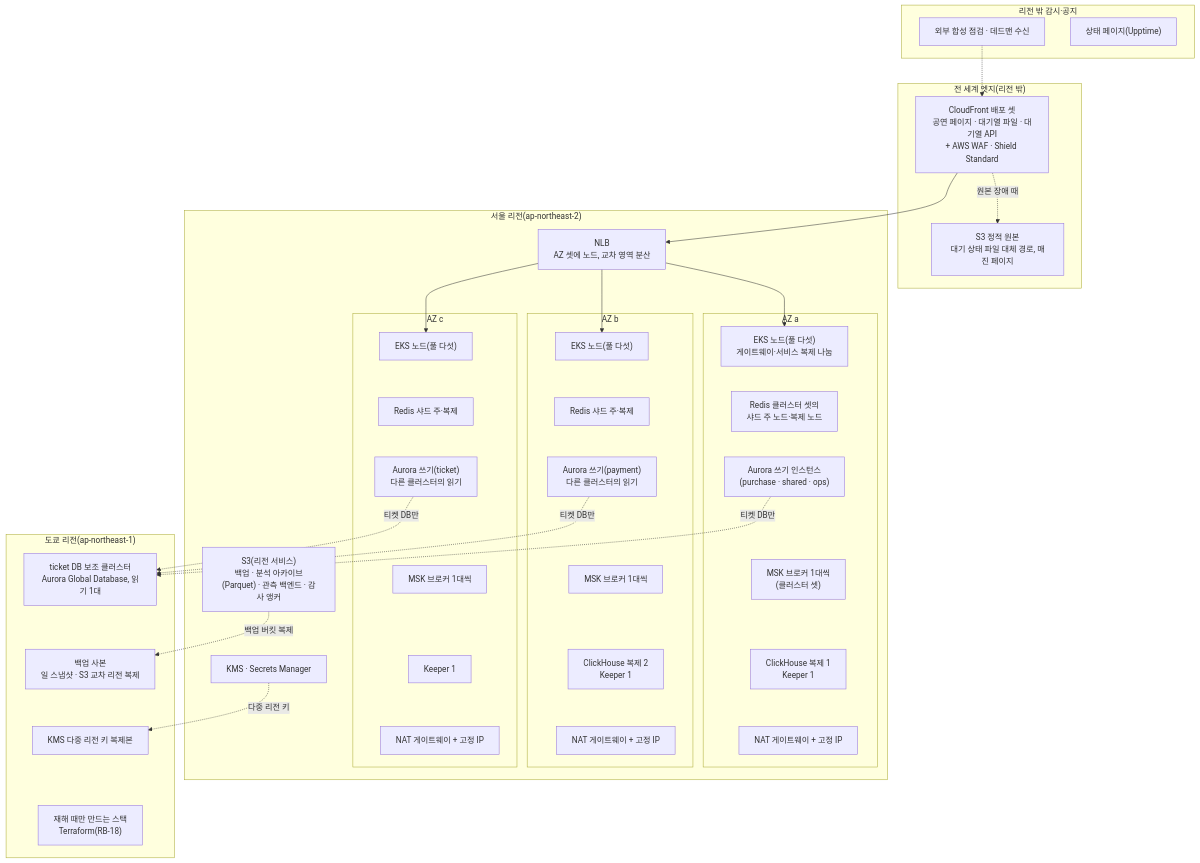
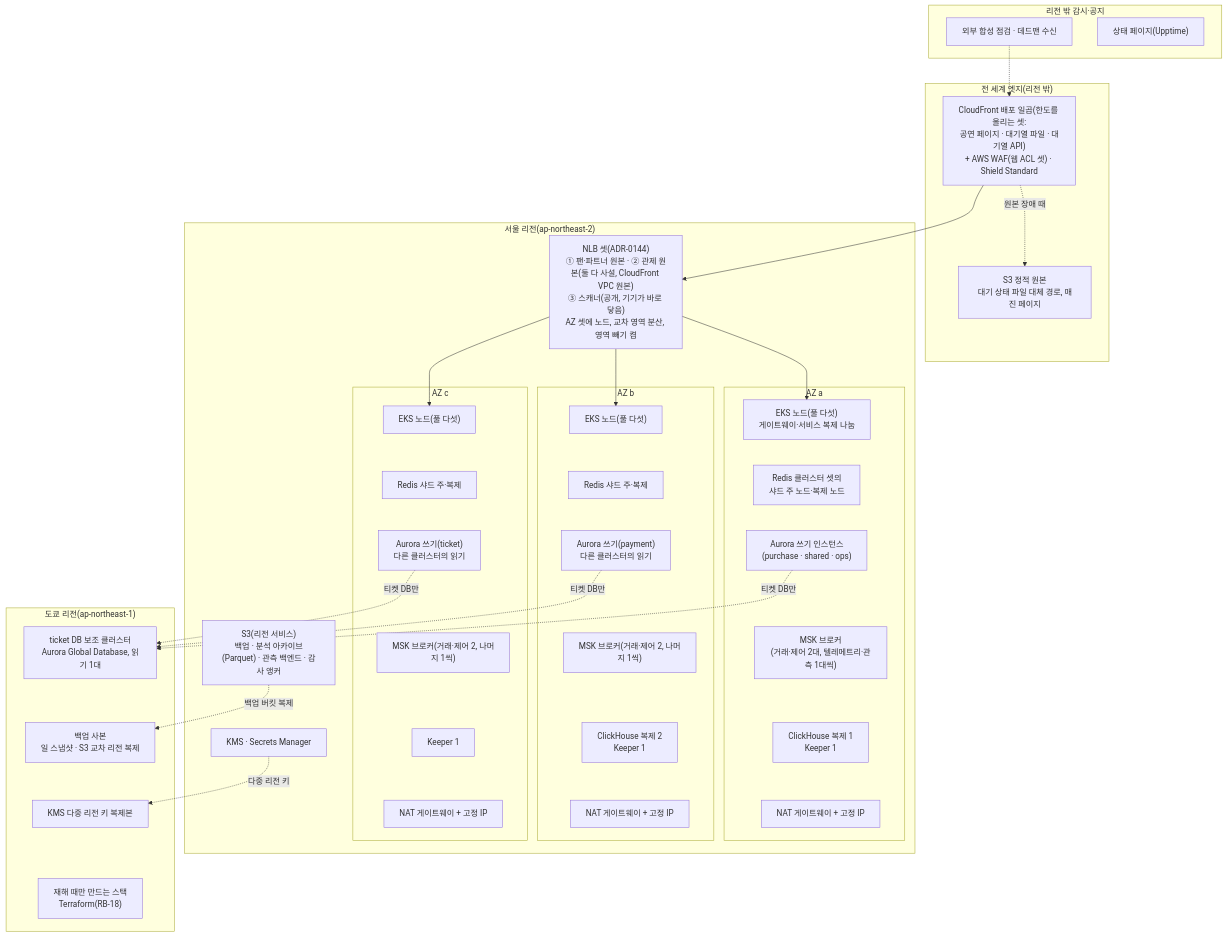
The first of 5 diagrams in docs/infra-handover.md (peaket/peaket), drawn with Mermaid before and after one commit. The commit also changed other lines of this file and 101 other files, not shown here.

````diff
--- a/docs/infra-handover.md
+++ b/docs/infra-handover.md
@@ -24,57 +24,58 @@
 ```mermaid
 flowchart TB
+    %% 선 수 예외: AZ별 배치를 한 그림에 둔다. ELK 배치에서 선 교차 0(2026-10-28 측정, ADR-0138)
     subgraph EDGE["전 세계 엣지(리전 밖)"]
-        CF["CloudFront 배포 셋<br/>공연 페이지 · 대기열 파일 · 대기열 API<br/>+ AWS WAF · Shield Standard"]
+        CF["CloudFront 배포 일곱(한도를 올리는 셋:<br/>공연 페이지 · 대기열 파일 · 대기열 API)<br/>+ AWS WAF(웹 ACL 셋) · Shield Standard"]
         S3S["S3 정적 원본<br/>대기 상태 파일 대체 경로, 매진 페이지"]
     end
     subgraph SEOUL["서울 리전(ap-northeast-2)"]
-        NLB["NLB<br/>AZ 셋에 노드, 교차 영역 분산"]
+        NLB["NLB 셋(ADR-0144)<br/>① 팬·파트너 원본 · ② 관제 원본(둘 다 사설, CloudFront VPC 원본)<br/>③ 스캐너(공개, 기기가 바로 닿음)<br/>AZ 셋에 노드, 교차 영역 분산, 영역 빼기 켬"]
         subgraph AZA["AZ a"]
             EA["EKS 노드(풀 다섯)<br/>게이트웨이·서비스 복제 나눔"]
             RA["Redis 클러스터 셋의<br/>샤드 주 노드·복제 노드"]
             DA["Aurora 쓰기 인스턴스<br/>(purchase · shared · ops)"]
-            KA["MSK 브로커 1대씩<br/>(클러스터 셋)"]
+            KA["MSK 브로커<br/>(거래·제어 2대, 텔레메트리·관측 1대씩)"]
             CA["ClickHouse 복제 1<br/>Keeper 1"]
             NA["NAT 게이트웨이 + 고정 IP"]
             EA ~~~ RA ~~~ DA ~~~ KA ~~~ CA ~~~ NA
         end
         subgraph AZB["AZ b"]
             EB["EKS 노드(풀 다섯)"]
             RB["Redis 샤드 주·복제"]
             DB["Aurora 쓰기(payment)<br/>다른 클러스터의 읽기"]
-            KB["MSK 브로커 1대씩"]
+            KB["MSK 브로커(거래·제어 2, 나머지 1씩)"]
             CB["ClickHouse 복제 2<br/>Keeper 1"]
             NB["NAT 게이트웨이 + 고정 IP"]
             EB ~~~ RB ~~~ DB ~~~ KB ~~~ CB ~~~ NB
         end
         subgraph AZC["AZ c"]
             EC["EKS 노드(풀 다섯)"]
             RC["Redis 샤드 주·복제"]
             DC["Aurora 쓰기(ticket)<br/>다른 클러스터의 읽기"]
-            KC["MSK 브로커 1대씩"]
+            KC["MSK 브로커(거래·제어 2, 나머지 1씩)"]
             CC["Keeper 1"]
             NC["NAT 게이트웨이 + 고정 IP"]
             EC ~~~ RC ~~~ DC ~~~ KC ~~~ CC ~~~ NC
         end
         S3R["S3(리전 서비스)<br/>백업 · 분석 아카이브(Parquet) · 관측 백엔드 · 감사 앵커"]
         KMS["KMS · Secrets Manager"]
     end
     subgraph TOKYO["도쿄 리전(ap-northeast-1)"]
         GDB["ticket DB 보조 클러스터<br/>Aurora Global Database, 읽기 1대"]
         BK["백업 사본<br/>일 스냅샷 · S3 교차 리전 복제"]
         KMSR["KMS 다중 리전 키 복제본"]
         DR["재해 때만 만드는 스택<br/>Terraform(RB-18)"]
         GDB ~~~ BK ~~~ KMSR ~~~ DR
     end
     subgraph EXTERN["리전 밖 감시·공지"]
         SYN["외부 합성 점검 · 데드맨 수신"]
         STATUS["상태 페이지(Upptime)"]
     end
     CF --> NLB
     CF -.원본 장애 때.-> S3S
     NLB --> EA & EB & EC
     DA & DB & DC -.티켓 DB만.-> GDB
     S3R -.백업 버킷 복제.-> BK
     KMS -.다중 리전 키.-> KMSR
     SYN -.-> CF
 ```
````
